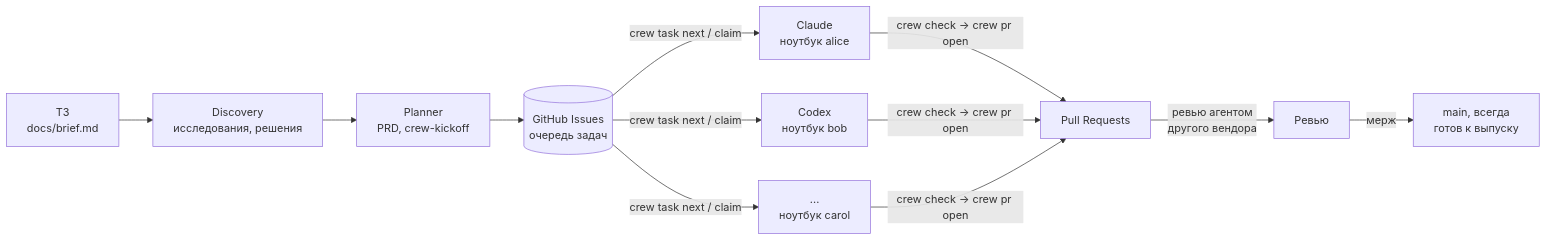
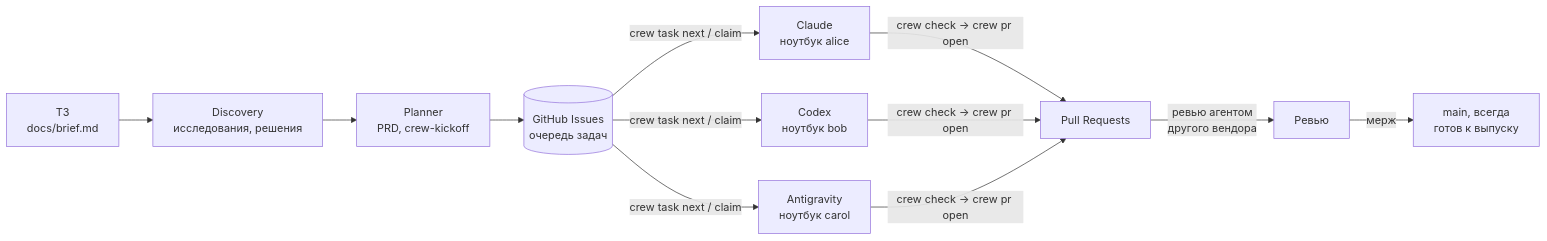
Before and after one commit to GredesCerber/agent-crew: the diagram in README.ru.md, drawn with Mermaid. The commit also changed other lines of this file and 1 other file, not shown here.

Commit message:
docs: README up to date for 0.12 (Antigravity, protection on free plans, roadmap)

````diff
--- a/README.ru.md
+++ b/README.ru.md
@@ -37,12 +37,12 @@
 ```mermaid
 flowchart LR
     B[ТЗ<br/>docs/brief.md] --> D[Discovery<br/>исследования, решения]
     D --> P[Planner<br/>PRD, crew-kickoff]
     P --> Q[(GitHub Issues<br/>очередь задач)]
     Q -->|crew task next / claim| W1[Claude<br/>ноутбук alice]
     Q -->|crew task next / claim| W2[Codex<br/>ноутбук bob]
-    Q -->|crew task next / claim| W3[...<br/>ноутбук carol]
+    Q -->|crew task next / claim| W3[Antigravity<br/>ноутбук carol]
     W1 & W2 & W3 -->|crew check -> crew pr open| PR[Pull Requests]
     PR -->|ревью агентом<br/>другого вендора| R[Ревью]
     R -->|мерж| M[main, всегда<br/>готов к выпуску]
 ```
````
